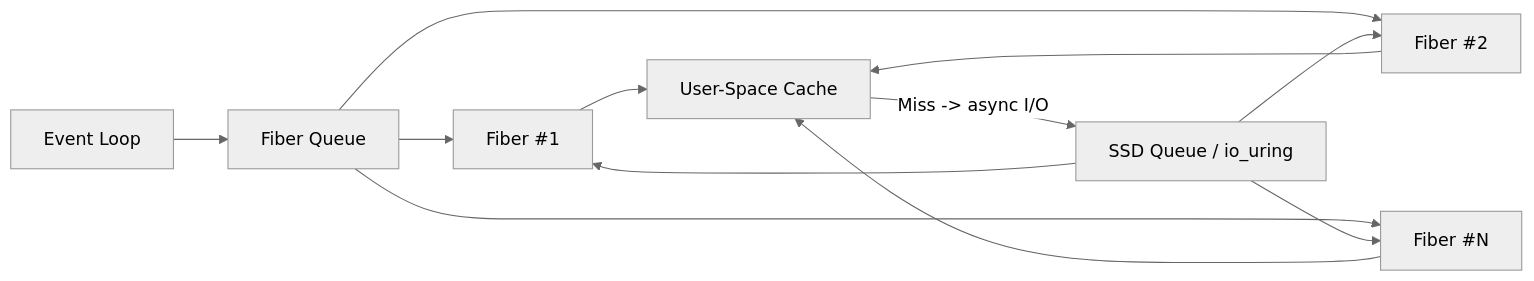
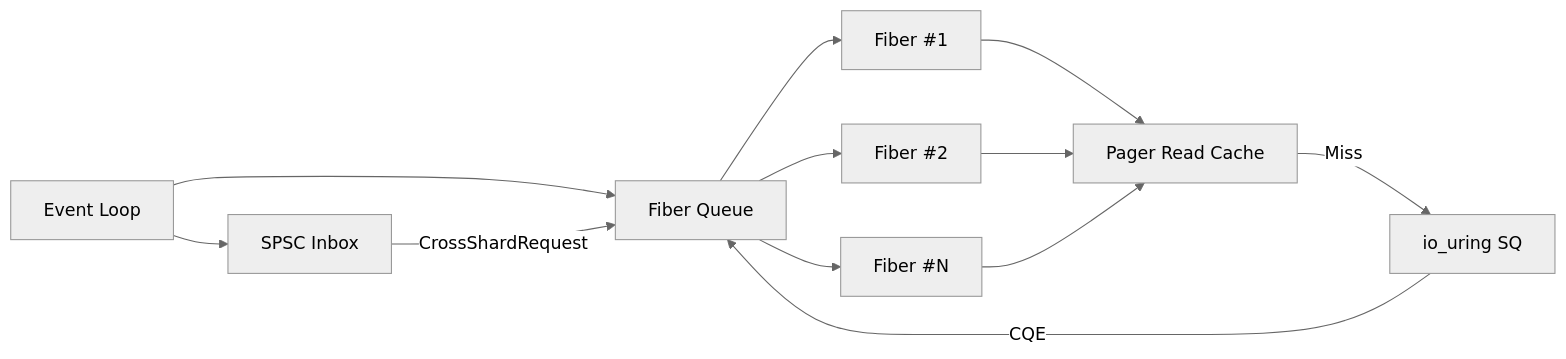
Before and after one commit to patricklbell/plexdb: the fourth of 4 diagrams in DESIGN.md, drawn with Mermaid (neutral theme). The commit also changed other lines of this file and 1 other file, not shown here.

````diff
--- a/DESIGN.md
+++ b/DESIGN.md
@@ -61,22 +302,23 @@
 ```mermaid
 flowchart LR
     EventLoop["Event Loop"]
+    SPSC["SPSC Inbox"]
     FiberQueue["Fiber Queue"]
     Fiber1["Fiber #1"]
     Fiber2["Fiber #2"]
     FiberN["Fiber #N"]
-    Cache["User-Space Cache"]
-    SSD["SSD Queue / io_uring"]
+    Cache["Pager Read Cache"]
+    SSD["io_uring SQ"]
 
+    EventLoop --> SPSC
     EventLoop --> FiberQueue
     FiberQueue --> Fiber1
     FiberQueue --> Fiber2
     FiberQueue --> FiberN
     Fiber1 --> Cache
     Fiber2 --> Cache
     FiberN --> Cache
-    Cache -->|Miss -> async I/O| SSD
-    SSD --> Fiber1
-    SSD --> Fiber2
-    SSD --> FiberN
+    Cache -->|Miss| SSD
+    SSD -->|CQE| FiberQueue
+    SPSC -->|CrossShardRequest| FiberQueue
 ```
````
